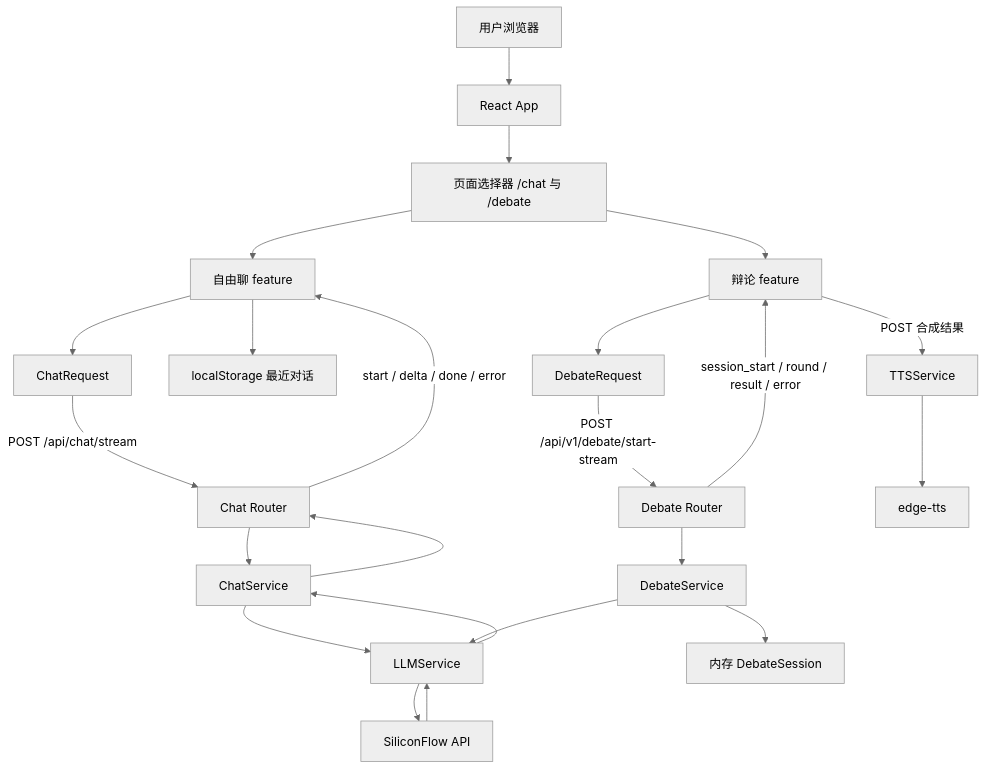
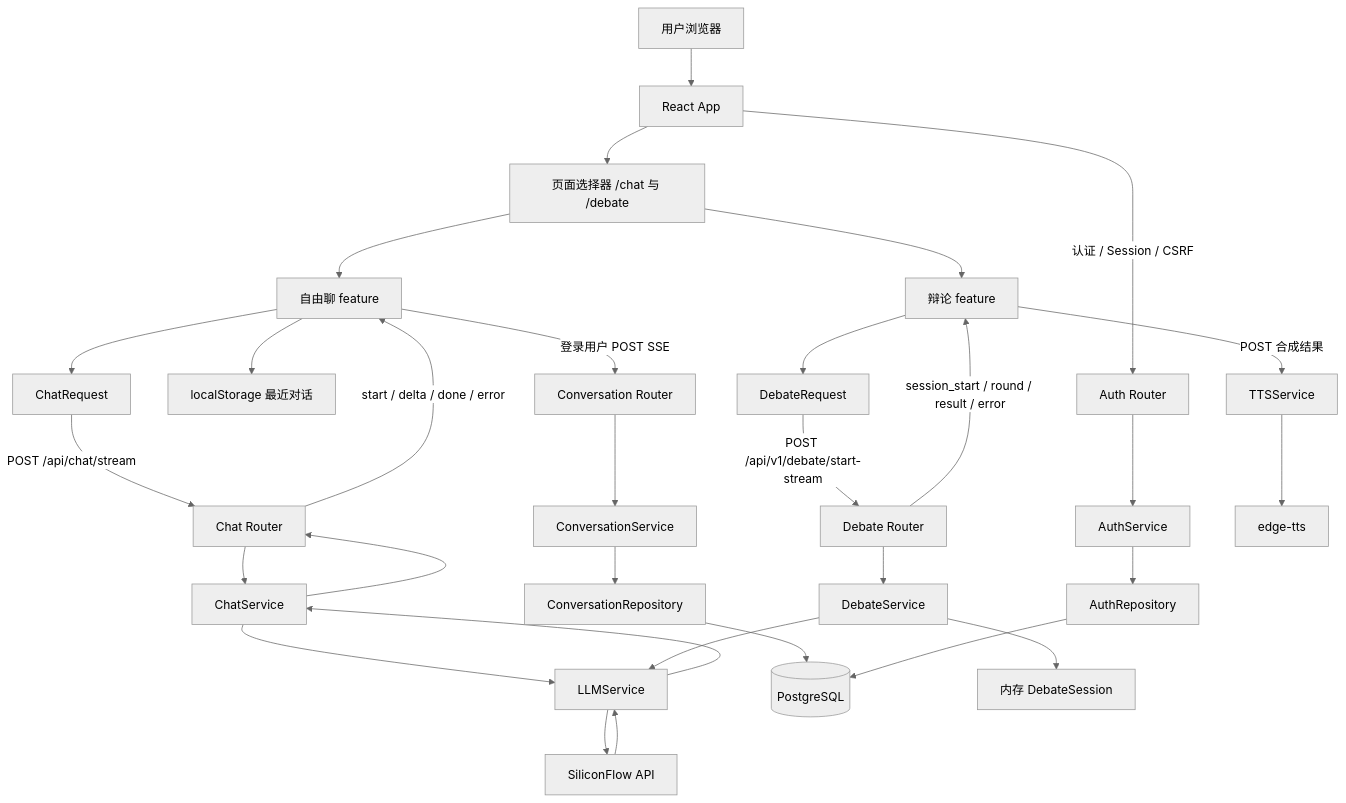
One commit to wez798/cyber-foodie-debate changed the second of 6 diagrams in docs/system_design.md. Above: the diagram before and after it, drawn with Mermaid (neutral theme). The commit also changed other lines of this file and 51 other files, not shown here.

````diff
--- a/docs/system_design.md
+++ b/docs/system_design.md
@@ -47,27 +51,35 @@
 ```mermaid
 graph TB
     U[用户浏览器] --> R[React App]
     R --> SW[页面选择器 /chat 与 /debate]
 
     SW --> CHAT[自由聊 feature]
     CHAT --> CR[ChatRequest]
     CR -->|POST /api/chat/stream| CAR[Chat Router]
     CAR --> CS[ChatService]
     CS --> LLM[LLMService]
     LLM --> SF[SiliconFlow API]
     SF --> LLM
     LLM --> CS
     CS --> CAR
     CAR -->|start / delta / done / error| CHAT
     CHAT --> LS[localStorage 最近对话]
+    CHAT -->|登录用户 POST SSE| PCR[Conversation Router]
+    PCR --> PCS[ConversationService]
+    PCS --> PR[ConversationRepository]
+    PR --> PG[(PostgreSQL)]
+    R -->|认证 / Session / CSRF| AR[Auth Router]
+    AR --> AS[AuthService]
+    AS --> ARepo[AuthRepository]
+    ARepo --> PG
 
     SW --> DEBATE[辩论 feature]
     DEBATE --> DR[DebateRequest]
     DR -->|POST /api/v1/debate/start-stream| DAR[Debate Router]
     DAR --> DS[DebateService]
     DS --> LLM
     DS --> MEM[内存 DebateSession]
     DAR -->|session_start / round / result / error| DEBATE
     DEBATE -->|POST 合成结果| TTS[TTSService]
     TTS --> EDGE[edge-tts]
 ```
````
